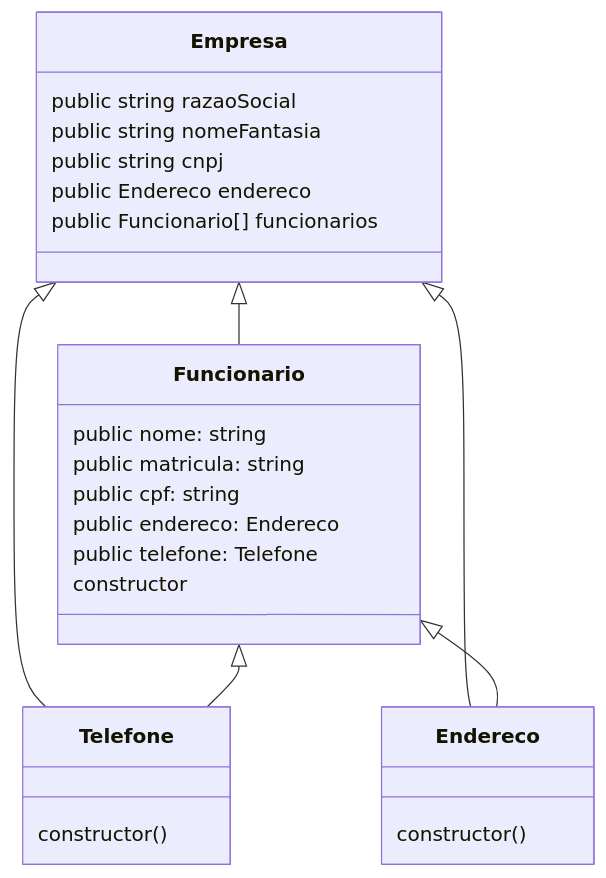
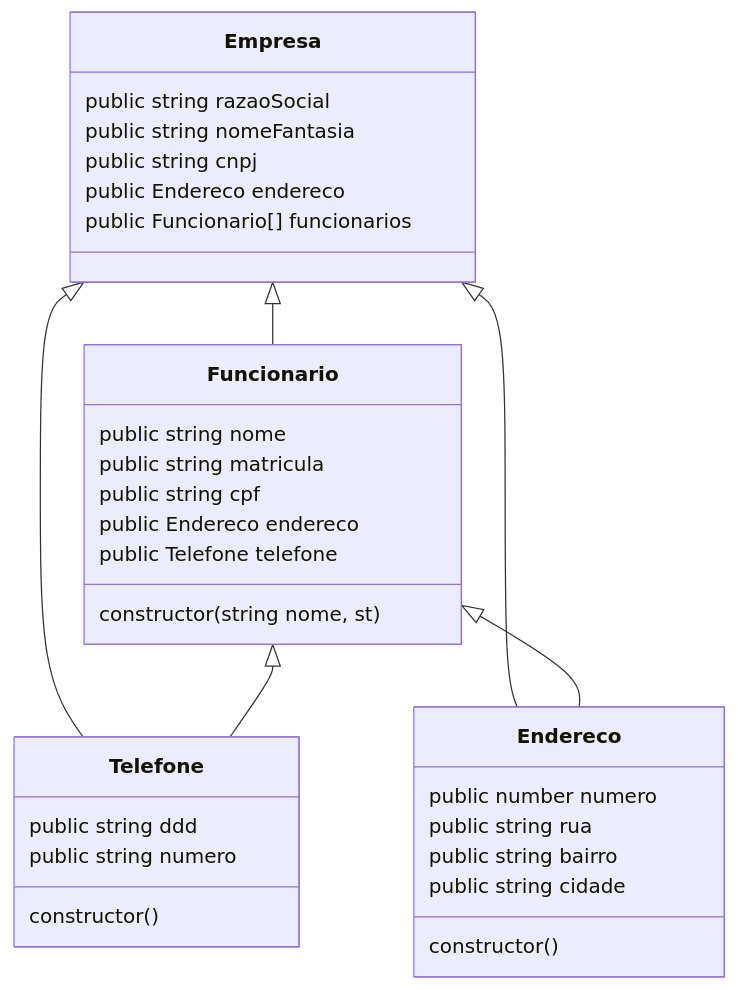
One commit to henrySilverIX/RT1 changed the diagram in README.md. Above: the diagram before and after it, drawn with Mermaid.

Commit message:
Adicionei mais informações às classes dos diagramas UML

````diff
--- a/README.md
+++ b/README.md
@@ -7,29 +7,41 @@
 ```mermaid
 classDiagram
     Empresa <|-- Funcionario
     Empresa <|-- Telefone
     Empresa <|-- Endereco
 
     Funcionario <|-- Telefone
     Funcionario <|-- Endereco
 
     Empresa : public string razaoSocial
     Empresa : public string nomeFantasia
     Empresa : public string cnpj
     Empresa : public Endereco endereco
-    Empresa : public Funcionario[] funcionarios 
+    Empresa : public Funcionario[] funcionarios
+
+    Funcionario: public string nome
+    Funcionario: public string matricula
+    Funcionario: public string cpf
+    Funcionario: public Endereco endereco
+    Funcionario: public Telefone telefone
+
     class Funcionario {
-        public nome: string
-        public matricula: string
-        public cpf: string
-        public endereco: Endereco
-        public telefone: Telefone
-        constructor
+        constructor(string nome, st)
     }
+
+    Telefone: public string ddd
+    Telefone: public string numero
+
     class Telefone {
         constructor()
     }
+
+    Endereco: public number numero
+    Endereco: public string rua
+    Endereco: public string bairro
+    Endereco: public string cidade
+
     class Endereco {
         constructor()
     }
 ```
````
